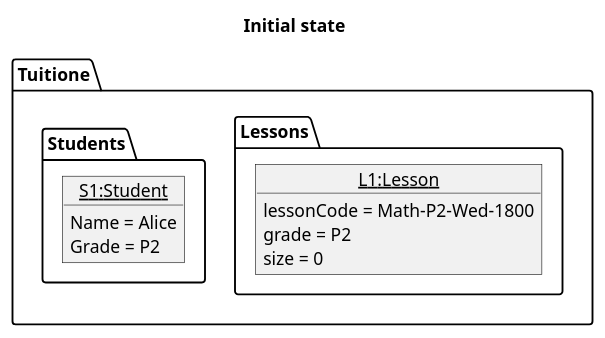
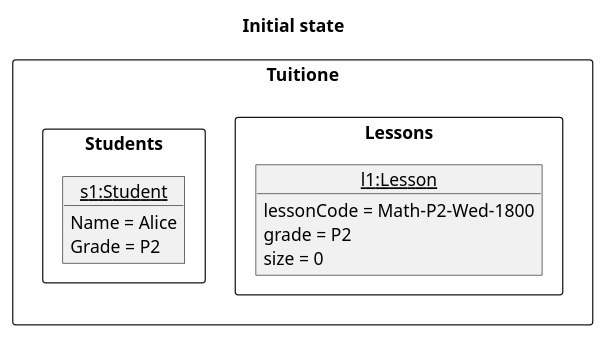
Before and after one commit to nus-cs2103-AY2122S1/tp: the diagram in docs/diagrams/EnrollLessonState0.puml, drawn with PlantUML. The commit also changed 3 other files, not shown here.

Commit message:
Changes to enroll lesson object diagrams

```diff
--- a/docs/diagrams/EnrollLessonState0.puml
+++ b/docs/diagrams/EnrollLessonState0.puml
@@ -1,21 +1,21 @@
 @startuml
 
 title Initial state
 
-package Tuitione {
-    package Lessons {
-        object "<u>L1:Lesson" as Lesson {
+package Tuitione <<rectangle>> {
+    package Lessons <<rectangle>> {
+        object "<u>l1:Lesson" as Lesson {
         lessonCode = Math-P2-Wed-1800
         grade = P2
         size = 0
         }
     }
-    package Students {
-        object "<u>S1:Student" as Student {
+    package Students <<rectangle>> {
+        object "<u>s1:Student" as Student {
         Name = Alice
         Grade = P2
         }
     }
 }
 
 @end
```
